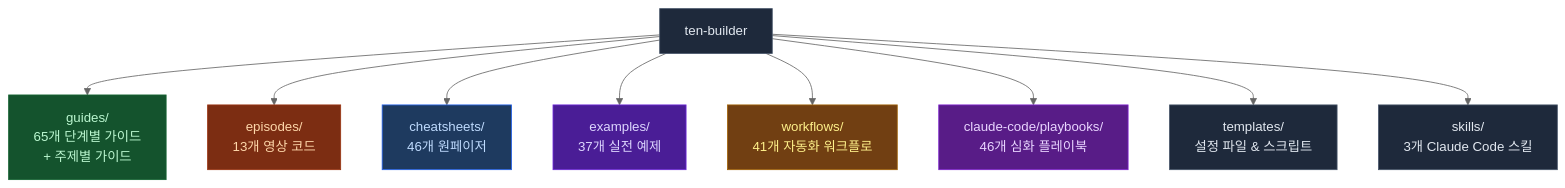
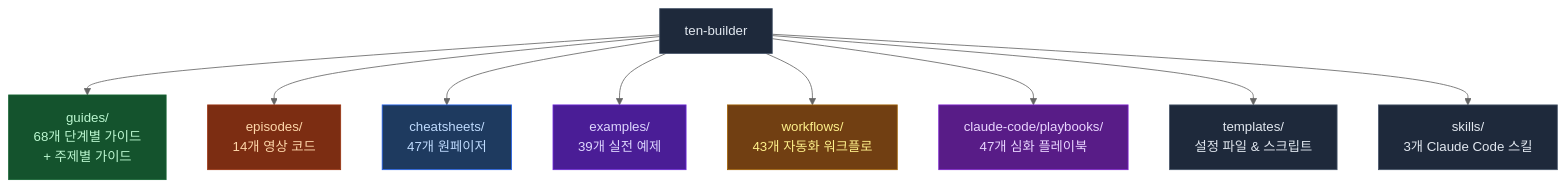
Before and after one commit to ten-builder/ten-builder: the first of 2 diagrams in README.md, drawn with Mermaid (neutral theme). The commit also changed other lines of this file, not shown here.

Commit message:
docs: README sync -- guides 64-66, EP14, cheatsheet agents-md, 2 examples, 2 workflows, playbook 53

````diff
--- a/README.md
+++ b/README.md
@@ -23,21 +23,21 @@
 ```mermaid
 flowchart TD
-    R["ten-builder"] --> G["guides/\n65개 단계별 가이드\n+ 주제별 가이드"]
-    R --> E["episodes/\n13개 영상 코드"]
-    R --> C["cheatsheets/\n46개 원페이저"]
-    R --> EX["examples/\n37개 실전 예제"]
-    R --> W["workflows/\n41개 자동화 워크플로"]
-    R --> P["claude-code/playbooks/\n46개 심화 플레이북"]
+    R["ten-builder"] --> G["guides/\n68개 단계별 가이드\n+ 주제별 가이드"]
+    R --> E["episodes/\n14개 영상 코드"]
+    R --> C["cheatsheets/\n47개 원페이저"]
+    R --> EX["examples/\n39개 실전 예제"]
+    R --> W["workflows/\n43개 자동화 워크플로"]
+    R --> P["claude-code/playbooks/\n47개 심화 플레이북"]
     R --> T["templates/\n설정 파일 & 스크립트"]
     R --> S["skills/\n3개 Claude Code 스킬"]
 
     style R fill:#1e293b,stroke:#475569,color:#e2e8f0
     style G fill:#14532d,stroke:#166534,color:#bbf7d0
     style E fill:#7c2d12,stroke:#9a3412,color:#fed7aa
     style C fill:#1e3a5f,stroke:#2563eb,color:#bfdbfe
     style EX fill:#4a1d96,stroke:#6d28d9,color:#ddd6fe
     style W fill:#713f12,stroke:#a16207,color:#fef08a
     style P fill:#581c87,stroke:#7e22ce,color:#e9d5ff
     style T fill:#1e293b,stroke:#475569,color:#e2e8f0
     style S fill:#1e293b,stroke:#475569,color:#e2e8f0
 ```
````
